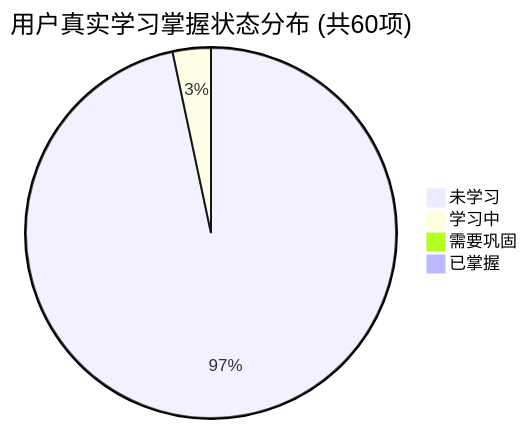
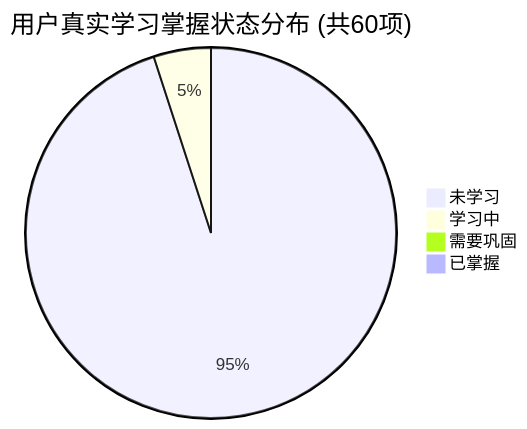
One commit to tieke1121/tech-interview-knowledge-base changed the first of 2 diagrams in PROGRESS.md. Above: the diagram before and after it, drawn with Mermaid. The commit also changed other lines of this file and 1 other file, not shown here.

````diff
--- a/PROGRESS.md
+++ b/PROGRESS.md
@@ -27,7 +27,7 @@
 ```mermaid
 pie title 用户真实学习掌握状态分布 (共60项)
-    "未学习" : 58
-    "学习中" : 2
+    "未学习" : 57
+    "学习中" : 3
     "需要巩固" : 0
     "已掌握" : 0
 ```
````
